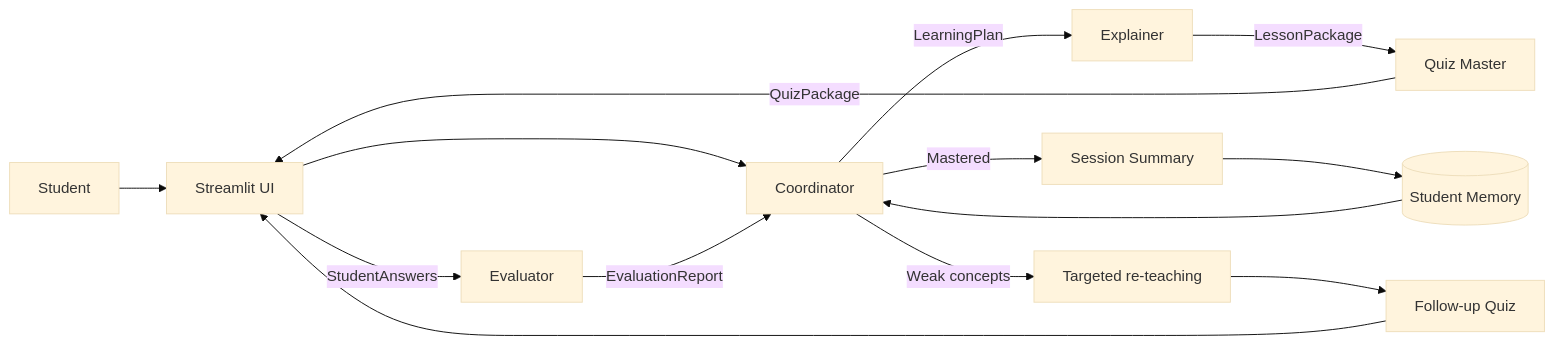
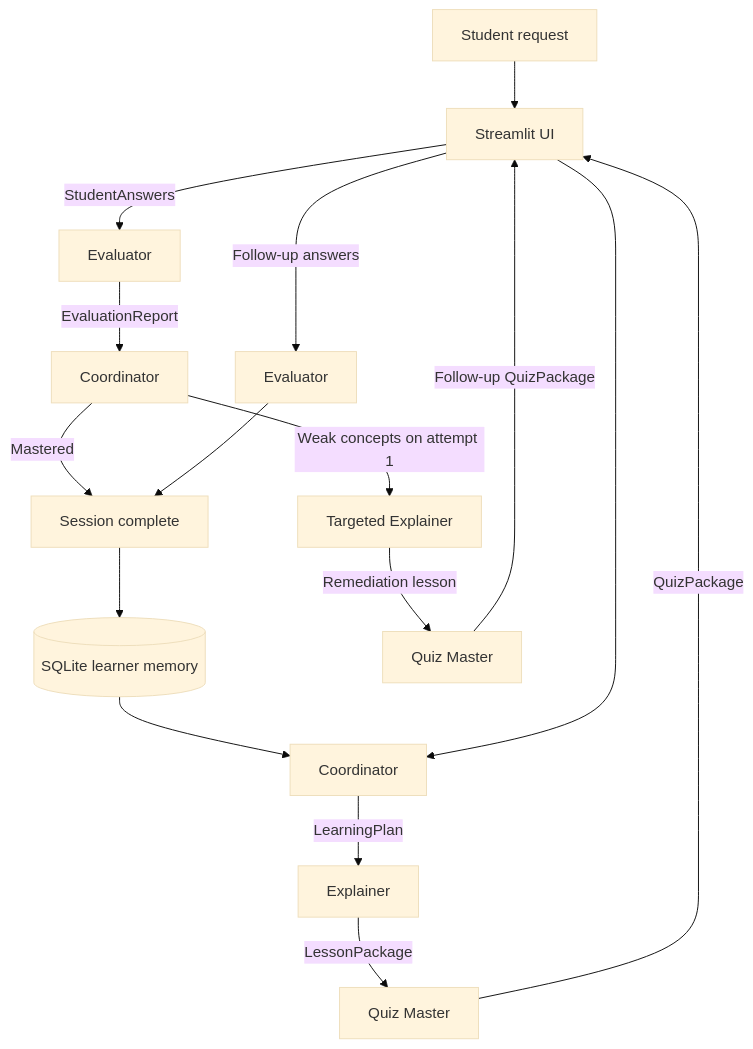
Before and after one commit to MdAsif-Hossain/Multi-Agent-AI-Tutor: the diagram in README.md, drawn with Mermaid (base theme). The commit also changed other lines of this file, not shown here.

````diff
--- a/README.md
+++ b/README.md
@@ -60,16 +77,18 @@
 ```mermaid
-flowchart LR
-    U[Student] --> UI[Streamlit UI]
-    UI --> C[Coordinator]
-    M[(Student Memory)] --> C
-    C -->|LearningPlan| E[Explainer]
-    E -->|LessonPackage| Q[Quiz Master]
-    Q -->|QuizPackage| UI
-    UI -->|StudentAnswers| V[Evaluator]
-    V -->|EvaluationReport| C
-    C -->|Mastered| S[Session Summary]
-    C -->|Weak concepts| R[Targeted re-teaching]
-    R --> Q2[Follow-up Quiz]
-    Q2 --> UI
-    S --> M
+flowchart TD
+    U[Student request] --> UI[Streamlit UI]
+    DB[(SQLite learner memory)] --> C1[Coordinator]
+    UI --> C1
+    C1 -->|LearningPlan| E1[Explainer]
+    E1 -->|LessonPackage| Q1[Quiz Master]
+    Q1 -->|QuizPackage| UI
+    UI -->|StudentAnswers| EV1[Evaluator]
+    EV1 -->|EvaluationReport| C2[Coordinator]
+    C2 -->|Mastered| DONE[Session complete]
+    C2 -->|Weak concepts on attempt 1| E2[Targeted Explainer]
+    E2 -->|Remediation lesson| Q2[Quiz Master]
+    Q2 -->|Follow-up QuizPackage| UI
+    UI -->|Follow-up answers| EV2[Evaluator]
+    EV2 --> DONE
+    DONE --> DB
 ```
````
